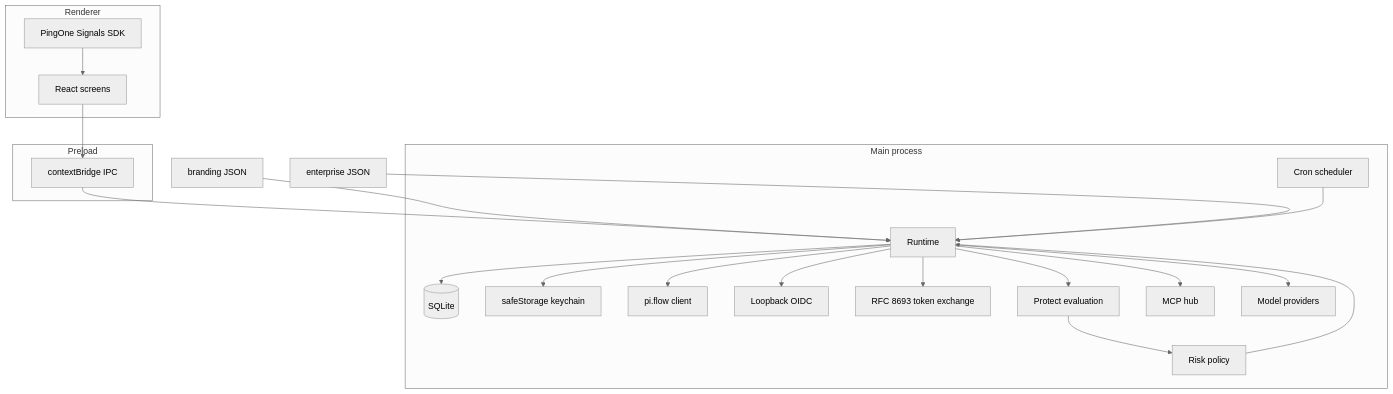
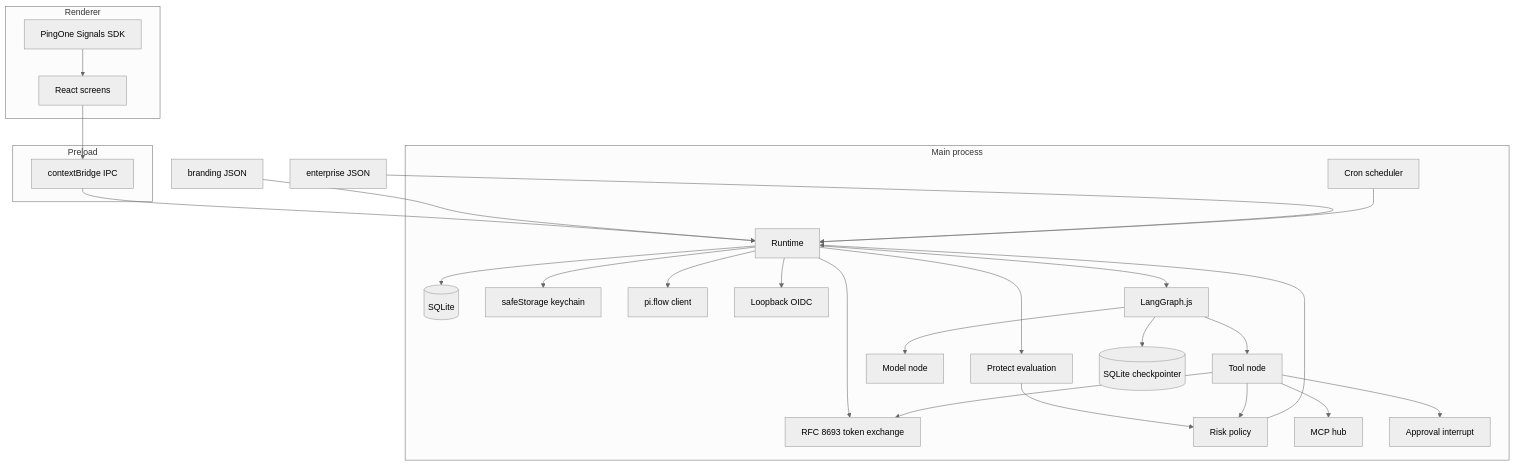
Before and after one commit to bobbylite/enterprise-agent-client: the diagram in README.md, drawn with Mermaid (neutral theme). The commit also changed other lines of this file and 10 other files, not shown here.

First line of the commit message:
Move the agent runtime onto LangGraph.js.

````diff
--- a/README.md
+++ b/README.md
@@ -30,41 +32,51 @@
 ```mermaid
 flowchart TB
   subgraph renderer [Renderer]
     UI[React screens]
     Signals[PingOne Signals SDK]
   end
   subgraph preload [Preload]
     Bridge[contextBridge IPC]
   end
   subgraph main [Main process]
     Runtime[Runtime]
     DB[(SQLite)]
     Keys[safeStorage keychain]
     Flow[pi.flow client]
     Loop[Loopback OIDC]
     Exchange[RFC 8693 token exchange]
     Risk[Protect evaluation]
     Policy[Risk policy]
     Hub[MCP hub]
-    Models[Model providers]
+    Graph[LangGraph.js]
+    Model[Model node]
+    Tools[Tool node]
+    Interrupt[Approval interrupt]
+    Check[(SQLite checkpointer)]
     Cron[Cron scheduler]
   end
   Branding[branding JSON]
   Enterprise[enterprise JSON]
 
   UI --> Bridge --> Runtime
   Signals --> UI
   Branding --> Runtime
   Enterprise --> Runtime
   Runtime --> DB
   Runtime --> Keys
   Runtime --> Flow
   Runtime --> Loop
   Runtime --> Exchange
   Runtime --> Risk
   Risk --> Policy
   Policy --> Runtime
-  Runtime --> Hub
-  Runtime --> Models
+  Runtime --> Graph
+  Graph --> Model
+  Graph --> Tools
+  Tools --> Interrupt
+  Graph --> Check
+  Tools --> Hub
+  Tools --> Exchange
+  Tools --> Policy
   Cron --> Runtime
 ```
````
